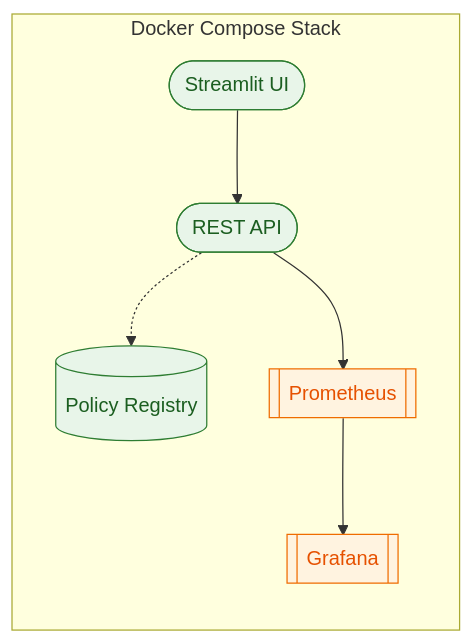
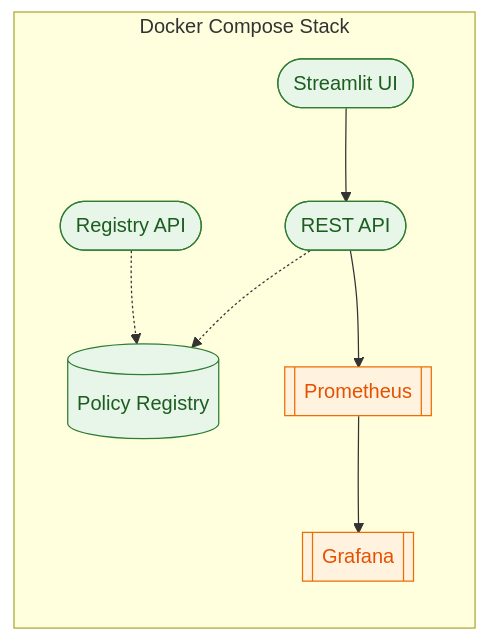
One commit to Huzefaaa2/terraform-guardrail changed the fifth of 5 diagrams in README.md. Above: the diagram before and after it, drawn with Mermaid. The commit also changed other lines of this file and 29 other files, not shown here.

Commit message:
Add OPA policy evaluation, registry API, and GitHub Action

````diff
--- a/README.md
+++ b/README.md
@@ -333,19 +354,21 @@
 ```mermaid
 flowchart LR
     subgraph ComposeStack[Docker Compose Stack]
         UI([Streamlit UI])
         API([REST API])
         REG[(Policy Registry)]
+        REGAPI([Registry API])
         PROM[[Prometheus]]
         GRAF[[Grafana]]
     end
     UI --> API
     API -.-> REG
+    REGAPI -.-> REG
     API --> PROM
     PROM --> GRAF
 
     classDef core fill:#e8f5e9,stroke:#2e7d32,stroke-width:1px,color:#1b5e20;
     classDef optional fill:#fff3e0,stroke:#ef6c00,stroke-width:1px,color:#e65100;
-    class UI,API,REG core;
+    class UI,API,REG,REGAPI core;
     class PROM,GRAF optional;
 ```
````
